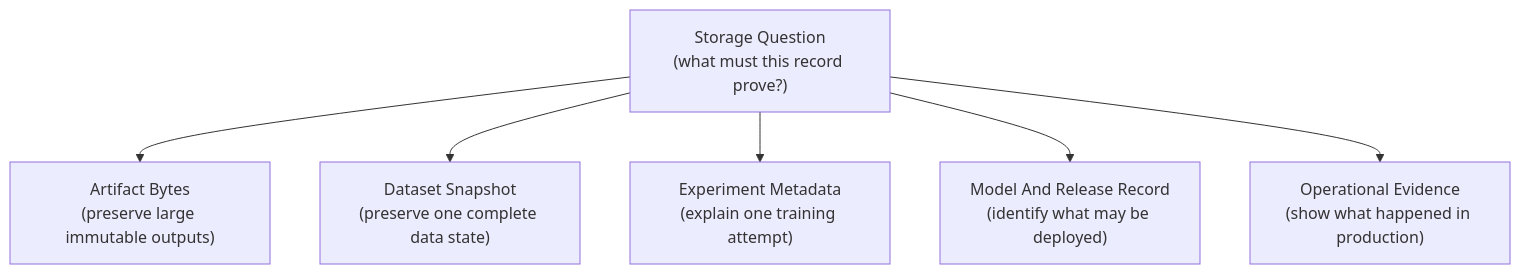
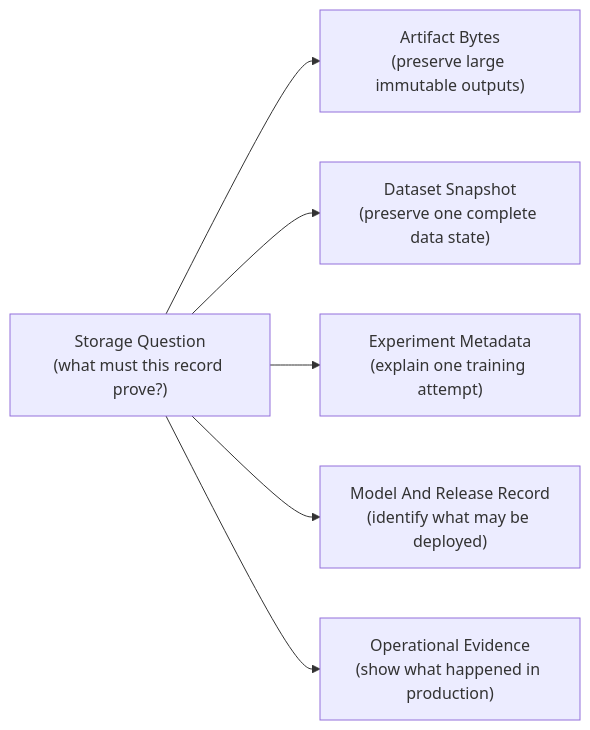
One commit to senlinyy/dev-roadmaps changed the second of 9 diagrams in roadmaps/mlops/modules/mlops-infrastructure/storage-systems/01-artifact-model-dataset-metadata-stores.md. Above: the diagram before and after it, drawn with Mermaid. The commit also changed 339 other files, not shown here.

````diff
--- a/roadmaps/mlops/modules/mlops-infrastructure/storage-systems/01-artifact-model-dataset-metadata-stores.md
+++ b/roadmaps/mlops/modules/mlops-infrastructure/storage-systems/01-artifact-model-dataset-metadata-stores.md
@@ -77,8 +77,8 @@
 ```mermaid
-flowchart TD
+flowchart LR
     Question["Storage Question<br/>(what must this record prove?)"] --> Bytes["Artifact Bytes<br/>(preserve large immutable outputs)"]
     Question --> Dataset["Dataset Snapshot<br/>(preserve one complete data state)"]
     Question --> Experiment["Experiment Metadata<br/>(explain one training attempt)"]
     Question --> Release["Model And Release Record<br/>(identify what may be deployed)"]
     Question --> Operations["Operational Evidence<br/>(show what happened in production)"]
 ```
````
